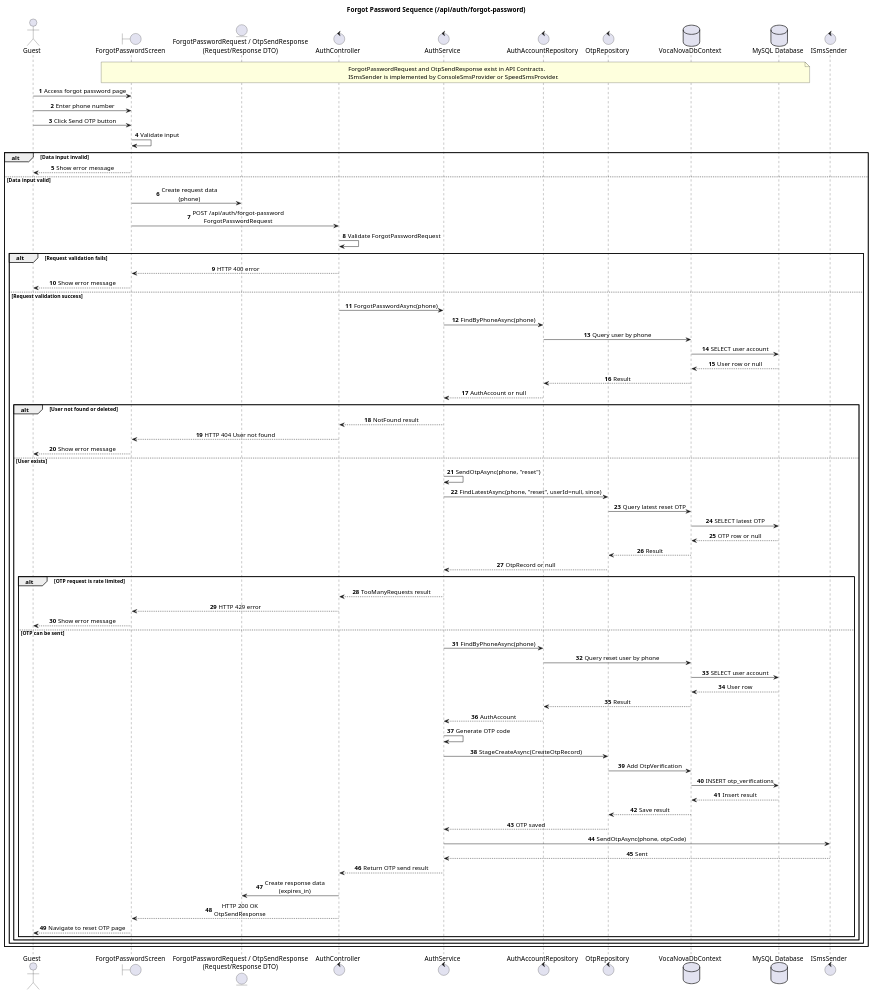
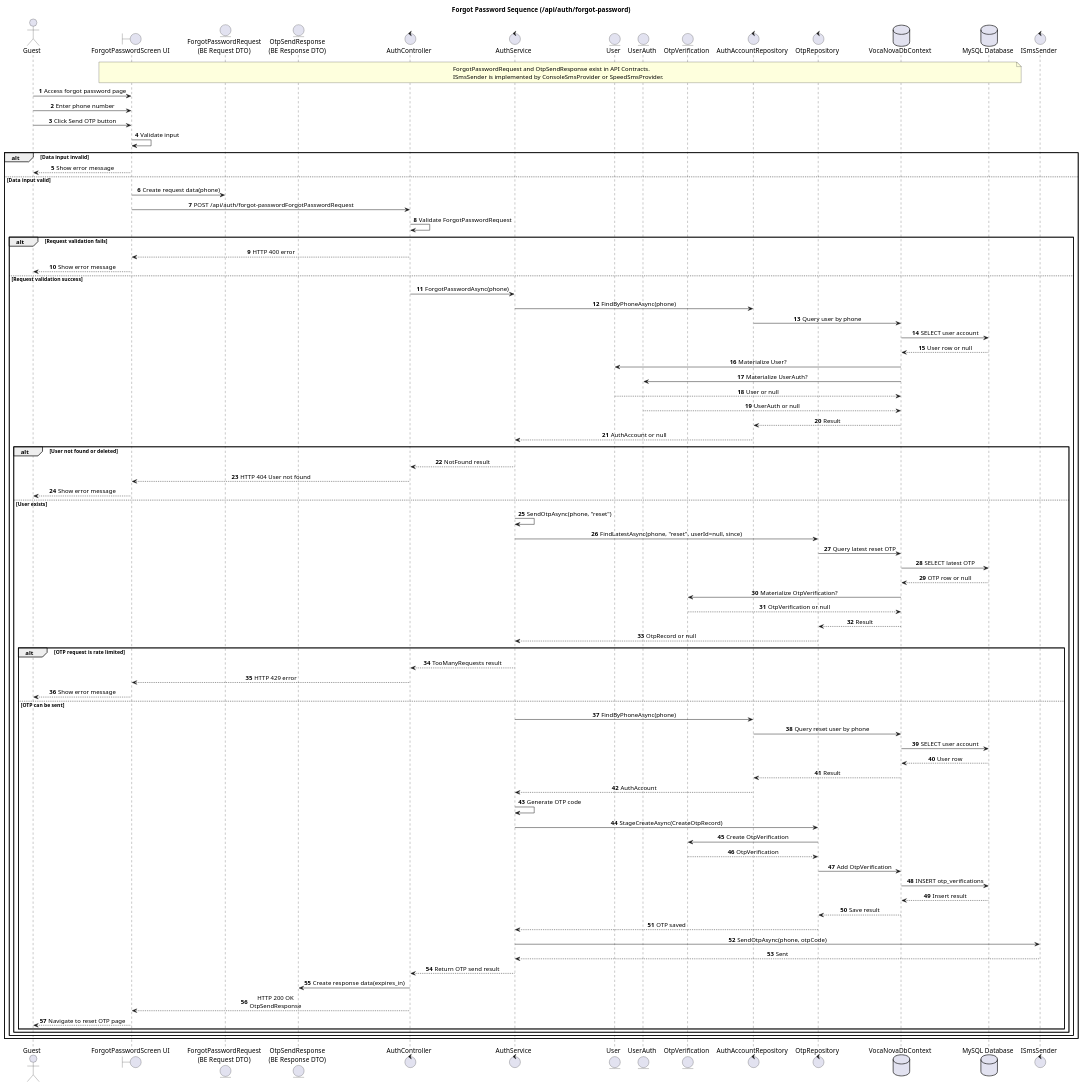
One commit to thisIsCenx04/VocaNova changed the diagram in docs/diagrams/auth-forgot-password-sequence.puml. Above: the diagram before and after it, drawn with PlantUML. The commit also changed 28 other files, not shown here.

Commit message:
fix/sequences-final-form

```diff
--- a/docs/diagrams/auth-forgot-password-sequence.puml
+++ b/docs/diagrams/auth-forgot-password-sequence.puml
@@ -1,92 +1,93 @@
 @startuml
 title Forgot Password Sequence (/api/auth/forgot-password)
-
 autonumber
 skinparam responseMessageBelowArrow true
 skinparam sequenceMessageAlign center
-
 actor Guest
-boundary "ForgotPasswordScreen" as ForgotPasswordScreen
-entity "ForgotPasswordRequest / OtpSendResponse\n(Request/Response DTO)" as ForgotPasswordDto
+boundary "ForgotPasswordScreen UI" as ForgotPasswordScreen
+entity "ForgotPasswordRequest\n(BE Request DTO)" as ForgotPasswordRequestDto
+entity "OtpSendResponse\n(BE Response DTO)" as ForgotPasswordResponseDto
 control "AuthController" as AuthController
 control "AuthService" as AuthService
+entity "User" as UserEntity
+entity "UserAuth" as UserAuthEntity
+entity "OtpVerification" as OtpEntity
 control "AuthAccountRepository" as AuthAccountRepository
 control "OtpRepository" as OtpRepository
 database "VocaNovaDbContext" as DbContext
 database "MySQL Database" as MySQL
 control "ISmsSender" as SmsSender
-
 note over ForgotPasswordScreen, MySQL
 ForgotPasswordRequest and OtpSendResponse exist in API Contracts.
 ISmsSender is implemented by ConsoleSmsProvider or SpeedSmsProvider.
 end note
-
 Guest -> ForgotPasswordScreen: Access forgot password page
 Guest -> ForgotPasswordScreen: Enter phone number
 Guest -> ForgotPasswordScreen: Click Send OTP button
 ForgotPasswordScreen -> ForgotPasswordScreen: Validate input
-
 alt Data input invalid
-    ForgotPasswordScreen --> Guest: Show error message
+ForgotPasswordScreen --> Guest: Show error message
 else Data input valid
-    ForgotPasswordScreen -> ForgotPasswordDto: Create request data\n(phone)
-    ForgotPasswordScreen -> AuthController: POST /api/auth/forgot-password\nForgotPasswordRequest
-    AuthController -> AuthController: Validate ForgotPasswordRequest
-
-    alt Request validation fails
-        AuthController --> ForgotPasswordScreen: HTTP 400 error
-        ForgotPasswordScreen --> Guest: Show error message
-    else Request validation success
-        AuthController -> AuthService: ForgotPasswordAsync(phone)
-        AuthService -> AuthAccountRepository: FindByPhoneAsync(phone)
-        AuthAccountRepository -> DbContext: Query user by phone
-        DbContext -> MySQL: SELECT user account
-        MySQL --> DbContext: User row or null
-        DbContext --> AuthAccountRepository: Result
-        AuthAccountRepository --> AuthService: AuthAccount or null
-
-        alt User not found or deleted
-            AuthService --> AuthController: NotFound result
-            AuthController --> ForgotPasswordScreen: HTTP 404 User not found
-            ForgotPasswordScreen --> Guest: Show error message
-        else User exists
-            AuthService -> AuthService: SendOtpAsync(phone, "reset")
-            AuthService -> OtpRepository: FindLatestAsync(phone, "reset", userId=null, since)
-            OtpRepository -> DbContext: Query latest reset OTP
-            DbContext -> MySQL: SELECT latest OTP
-            MySQL --> DbContext: OTP row or null
-            DbContext --> OtpRepository: Result
-            OtpRepository --> AuthService: OtpRecord or null
-
-            alt OTP request is rate limited
-                AuthService --> AuthController: TooManyRequests result
-                AuthController --> ForgotPasswordScreen: HTTP 429 error
-                ForgotPasswordScreen --> Guest: Show error message
-            else OTP can be sent
-                AuthService -> AuthAccountRepository: FindByPhoneAsync(phone)
-                AuthAccountRepository -> DbContext: Query reset user by phone
-                DbContext -> MySQL: SELECT user account
-                MySQL --> DbContext: User row
-                DbContext --> AuthAccountRepository: Result
-                AuthAccountRepository --> AuthService: AuthAccount
-                AuthService -> AuthService: Generate OTP code
-                AuthService -> OtpRepository: StageCreateAsync(CreateOtpRecord)
-                OtpRepository -> DbContext: Add OtpVerification
-                DbContext -> MySQL: INSERT otp_verifications
-                MySQL --> DbContext: Insert result
-                DbContext --> OtpRepository: Save result
-                OtpRepository --> AuthService: OTP saved
-
-                AuthService -> SmsSender: SendOtpAsync(phone, otpCode)
-                SmsSender --> AuthService: Sent
-
-                AuthService --> AuthController: Return OTP send result
-                AuthController -> ForgotPasswordDto: Create response data\n(expires_in)
-                AuthController --> ForgotPasswordScreen: HTTP 200 OK\nOtpSendResponse
-                ForgotPasswordScreen --> Guest: Navigate to reset OTP page
-            end
-        end
-    end
+ForgotPasswordScreen -> ForgotPasswordRequestDto: Create request data(phone)
+ForgotPasswordScreen -> AuthController: POST /api/auth/forgot-passwordForgotPasswordRequest
+AuthController -> AuthController: Validate ForgotPasswordRequest
+alt Request validation fails
+AuthController --> ForgotPasswordScreen: HTTP 400 error
+ForgotPasswordScreen --> Guest: Show error message
+else Request validation success
+AuthController -> AuthService: ForgotPasswordAsync(phone)
+AuthService -> AuthAccountRepository: FindByPhoneAsync(phone)
+AuthAccountRepository -> DbContext: Query user by phone
+DbContext -> MySQL: SELECT user account
+MySQL --> DbContext: User row or null
+DbContext -> UserEntity: Materialize User?
+DbContext -> UserAuthEntity: Materialize UserAuth?
+UserEntity --> DbContext: User or null
+UserAuthEntity --> DbContext: UserAuth or null
+DbContext --> AuthAccountRepository: Result
+AuthAccountRepository --> AuthService: AuthAccount or null
+alt User not found or deleted
+AuthService --> AuthController: NotFound result
+AuthController --> ForgotPasswordScreen: HTTP 404 User not found
+ForgotPasswordScreen --> Guest: Show error message
+else User exists
+AuthService -> AuthService: SendOtpAsync(phone, "reset")
+AuthService -> OtpRepository: FindLatestAsync(phone, "reset", userId=null, since)
+OtpRepository -> DbContext: Query latest reset OTP
+DbContext -> MySQL: SELECT latest OTP
+MySQL --> DbContext: OTP row or null
+DbContext -> OtpEntity: Materialize OtpVerification?
+OtpEntity --> DbContext: OtpVerification or null
+DbContext --> OtpRepository: Result
+OtpRepository --> AuthService: OtpRecord or null
+alt OTP request is rate limited
+AuthService --> AuthController: TooManyRequests result
+AuthController --> ForgotPasswordScreen: HTTP 429 error
+ForgotPasswordScreen --> Guest: Show error message
+else OTP can be sent
+AuthService -> AuthAccountRepository: FindByPhoneAsync(phone)
+AuthAccountRepository -> DbContext: Query reset user by phone
+DbContext -> MySQL: SELECT user account
+MySQL --> DbContext: User row
+DbContext --> AuthAccountRepository: Result
+AuthAccountRepository --> AuthService: AuthAccount
+AuthService -> AuthService: Generate OTP code
+AuthService -> OtpRepository: StageCreateAsync(CreateOtpRecord)
+OtpRepository -> OtpEntity: Create OtpVerification
+OtpEntity --> OtpRepository: OtpVerification
+OtpRepository -> DbContext: Add OtpVerification
+DbContext -> MySQL: INSERT otp_verifications
+MySQL --> DbContext: Insert result
+DbContext --> OtpRepository: Save result
+OtpRepository --> AuthService: OTP saved
+AuthService -> SmsSender: SendOtpAsync(phone, otpCode)
+SmsSender --> AuthService: Sent
+AuthService --> AuthController: Return OTP send result
+AuthController -> ForgotPasswordResponseDto: Create response data(expires_in)
+AuthController --> ForgotPasswordScreen: HTTP 200 OK\nOtpSendResponse
+ForgotPasswordScreen --> Guest: Navigate to reset OTP page
 end
-
+end
+end
+end
 @enduml
```
